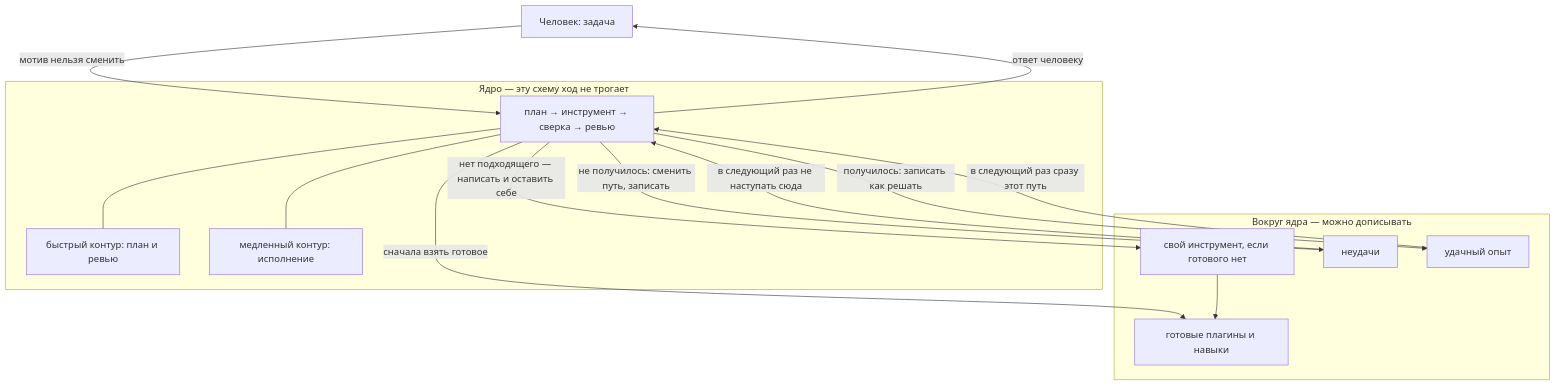
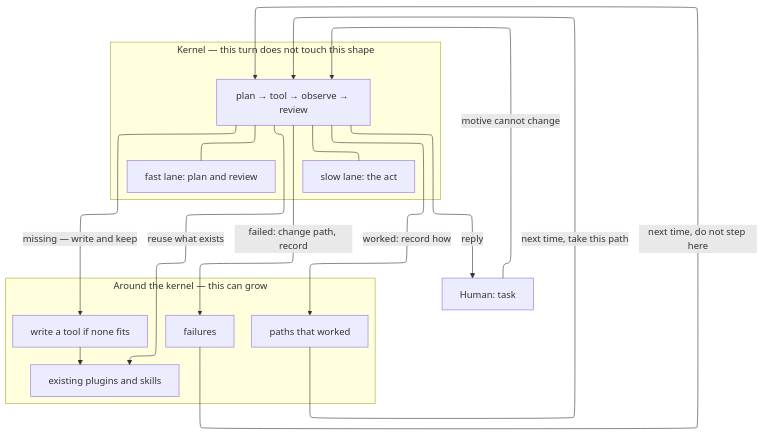
The diagram in README.ru.md (sergey-show/barney), drawn with Mermaid before and after one commit. The commit also changed 1 other file, not shown here.

````diff
--- a/README.ru.md
+++ b/README.ru.md
@@ -37,29 +37,32 @@
 ```mermaid
+---
+config:
+  layout: elk
+  theme: mc
+---
 flowchart TB
-    Human[Человек: задача]
-    Human -->|мотив нельзя сменить| Loop
+ subgraph Kernel["Kernel — this turn does not touch this shape"]
+        Loop["plan → tool → observe → review"]
+        Fast["fast lane: plan and review"]
+        Slow["slow lane: the act"]
+  end
+ subgraph Around["Around the kernel — this can grow"]
+        Plugins["existing plugins and skills"]
+        Own["write a tool if none fits"]
+        FailMem["failures"]
+        WinMem["paths that worked"]
+  end
+    Human["Human: task"] -- motive cannot change --> Loop
+    Loop --- Fast & Slow
+    Loop -- reuse what exists --> Plugins
+    Loop -- missing — write and keep --> Own
+    Own --> Plugins
+    Loop -- failed: change path, record --> FailMem
+    FailMem -- next time, do not step here --> Loop
+    Loop -- worked: record how --> WinMem
+    WinMem L_WinMem_Loop_0@-- next time, take this path --> Loop
+    Loop -- reply --> Human
 
-    subgraph Kernel["Ядро — эту схему ход не трогает"]
-        Loop[план → инструмент → сверка → ревью]
-        Fast[быстрый контур: план и ревью]
-        Slow[медленный контур: исполнение]
-        Loop --- Fast
-        Loop --- Slow
-    end
 
-    subgraph Around["Вокруг ядра — можно дописывать"]
-        Plugins[готовые плагины и навыки]
-        Own[свой инструмент, если готового нет]
-        FailMem[неудачи]
-        WinMem[удачный опыт]
-    end
-
-    Loop -->|сначала взять готовое| Plugins
-    Loop -->|нет подходящего — написать и оставить себе| Own
-    Own --> Plugins
-    Loop -->|не получилось: сменить путь, записать| FailMem
-    FailMem -->|в следующий раз не наступать сюда| Loop
-    Loop -->|получилось: записать как решать| WinMem
-    WinMem -->|в следующий раз сразу этот путь| Loop
-    Loop -->|ответ человеку| Human
+    L_WinMem_Loop_0@{ animation: none }
 ```
````
